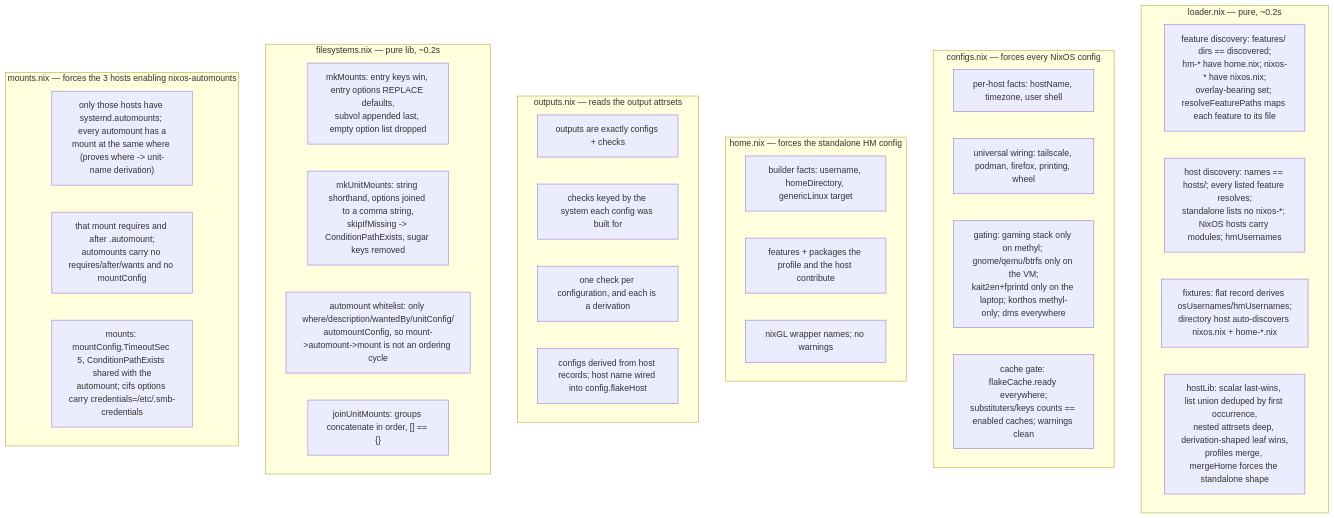
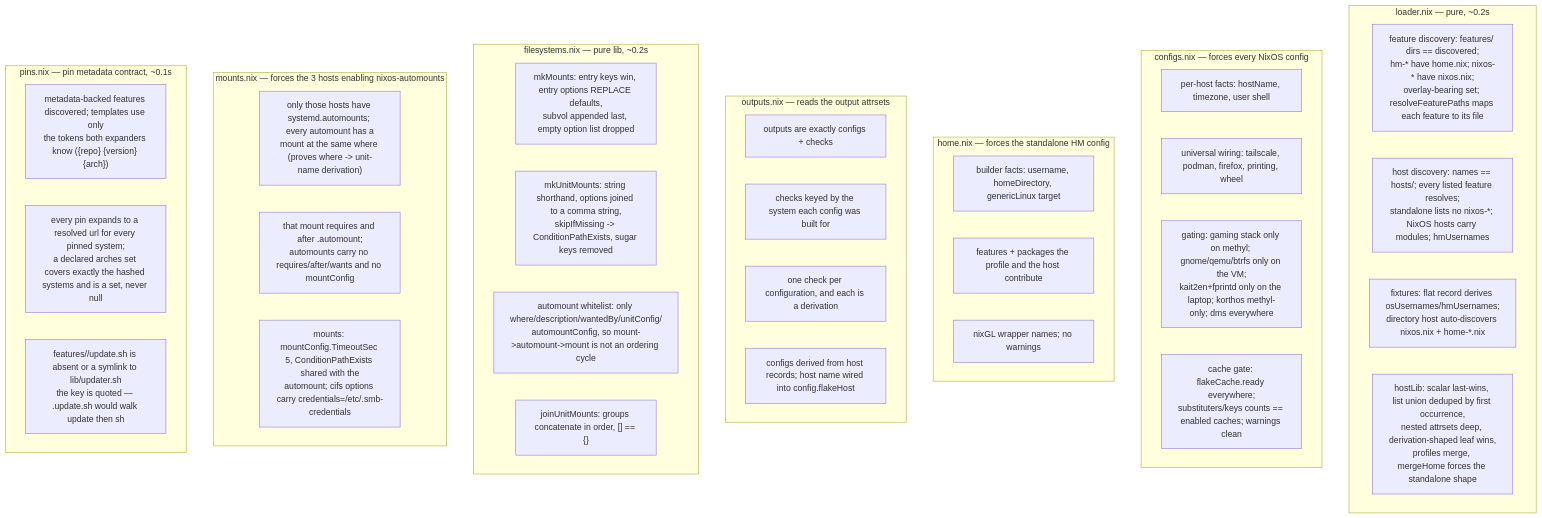
One commit to WombatFromHell/automatic-palm-tree changed the third of 5 diagrams in TEST_DESIGN.md. Above: the diagram before and after it, drawn with Mermaid. The commit also changed other lines of this file, not shown here.

First line of the commit message:
Name the whole gate in TEST_DESIGN.md

````diff
--- a/TEST_DESIGN.md
+++ b/TEST_DESIGN.md
@@ -39,37 +42,42 @@
 ```mermaid
 flowchart TD
   subgraph loader["loader.nix — pure, ~0.2s"]
     L1["feature discovery: features/ dirs == discovered;<br/>hm-* have home.nix; nixos-* have nixos.nix;<br/>overlay-bearing set; resolveFeaturePaths maps each feature to its file"]
     L2["host discovery: names == hosts/; every listed feature resolves;<br/>standalone lists no nixos-*; NixOS hosts carry modules; hmUsernames"]
     L3["fixtures: flat record derives osUsernames/hmUsernames;<br/>directory host auto-discovers nixos.nix + home-*.nix"]
     L4["hostLib: scalar last-wins, list union deduped by first occurrence,<br/>nested attrsets deep, derivation-shaped leaf wins,<br/>profiles merge, mergeHome forces the standalone shape"]
   end
   subgraph configs["configs.nix — forces every NixOS config"]
     C1["per-host facts: hostName, timezone, user shell"]
     C2["universal wiring: tailscale, podman, firefox, printing, wheel"]
     C3["gating: gaming stack only on methyl; gnome/qemu/btrfs only on the VM;<br/>kait2en+fprintd only on the laptop; korthos methyl-only; dms everywhere"]
     C4["cache gate: flakeCache.ready everywhere;<br/>substituters/keys counts == enabled caches; warnings clean"]
   end
   subgraph home["home.nix — forces the standalone HM config"]
     H1["builder facts: username, homeDirectory, genericLinux target"]
     H2["features + packages the profile and the host contribute"]
     H3["nixGL wrapper names; no warnings"]
   end
   subgraph outputs["outputs.nix — reads the output attrsets"]
     O1["outputs are exactly configs + checks"]
     O2["checks keyed by the system each config was built for"]
     O3["one check per configuration, and each is a derivation"]
     O4["configs derived from host records; host name wired into config.flakeHost"]
   end
   subgraph filesystems["filesystems.nix — pure lib, ~0.2s"]
     F1["mkMounts: entry keys win, entry options REPLACE defaults,<br/>subvol appended last, empty option list dropped"]
     F2["mkUnitMounts: string shorthand, options joined to a comma string,<br/>skipIfMissing -> ConditionPathExists, sugar keys removed"]
     F3["automount whitelist: only where/description/wantedBy/unitConfig/<br/>automountConfig, so mount->automount->mount is not an ordering cycle"]
     F4["joinUnitMounts: groups concatenate in order, [] == {}"]
   end
   subgraph mounts["mounts.nix — forces the 3 hosts enabling nixos-automounts"]
     M1["only those hosts have systemd.automounts; every automount has a<br/>mount at the same where (proves where -> unit-name derivation)"]
     M2["that mount requires and after <unit>.automount;<br/>automounts carry no requires/after/wants and no mountConfig"]
     M3["mounts: mountConfig.TimeoutSec 5, ConditionPathExists shared with the<br/>automount; cifs options carry credentials=/etc/.smb-credentials"]
   end
+  subgraph pins["pins.nix — pin metadata contract, ~0.1s"]
+    PN1["metadata-backed features discovered; templates use only<br/>the tokens both expanders know ({repo} {version} {arch})"]
+    PN2["every pin expands to a resolved url for every pinned system;<br/>a declared arches set covers exactly the hashed systems and is a set, never null"]
+    PN3["features/<name>/update.sh is absent or a symlink to lib/updater.sh<br/>the key is quoted — .update.sh would walk update then sh"]
+  end
 ```
````
